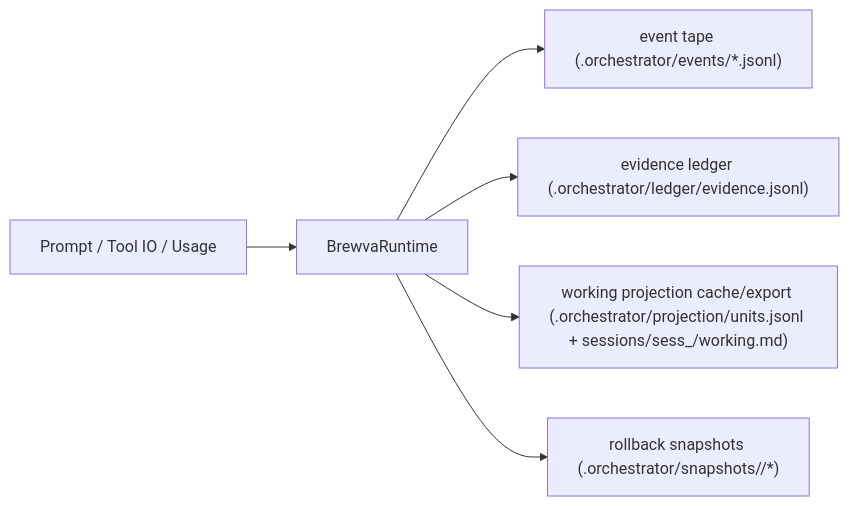
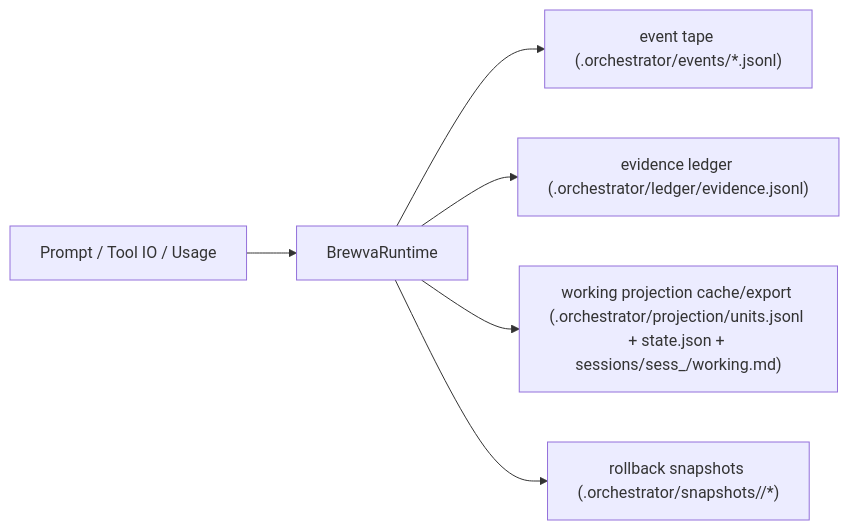
The third of 9 diagrams in docs/architecture/control-and-data-flow.md (arcthur/brewva), drawn with Mermaid before and after one commit. The commit also changed other lines of this file and 85 other files, not shown here.

````diff
--- a/docs/architecture/control-and-data-flow.md
+++ b/docs/architecture/control-and-data-flow.md
@@ -78,8 +80,8 @@
 ```mermaid
 flowchart LR
   IN["Prompt / Tool IO / Usage"] --> RT["BrewvaRuntime"]
   RT --> EV["event tape (.orchestrator/events/*.jsonl)"]
   RT --> LD["evidence ledger (.orchestrator/ledger/evidence.jsonl)"]
-  RT --> MEM["working projection cache/export (.orchestrator/projection/units.jsonl + sessions/sess_<id>/working.md)"]
+  RT --> MEM["working projection cache/export (.orchestrator/projection/units.jsonl + state.json + sessions/sess_<id>/working.md)"]
   RT --> SNAP["rollback snapshots (.orchestrator/snapshots/<session>/*)"]
 ```
````
